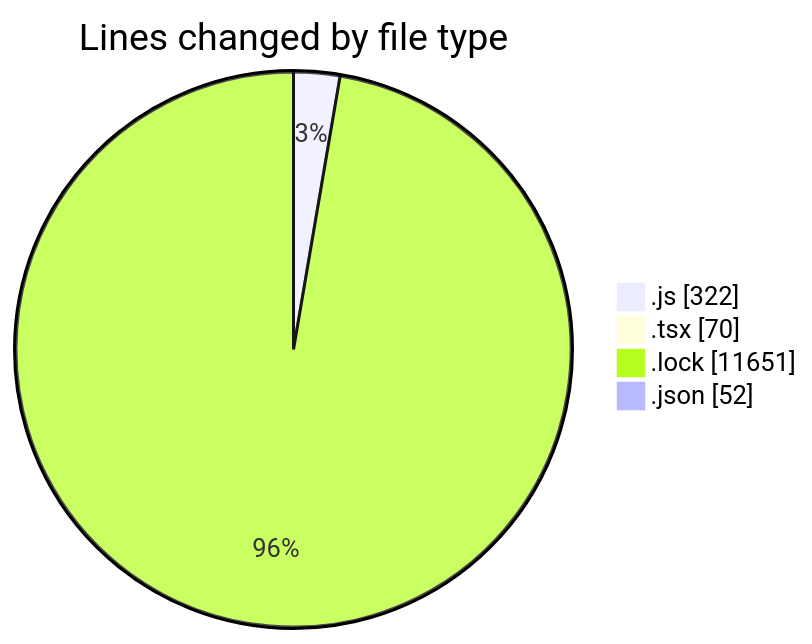
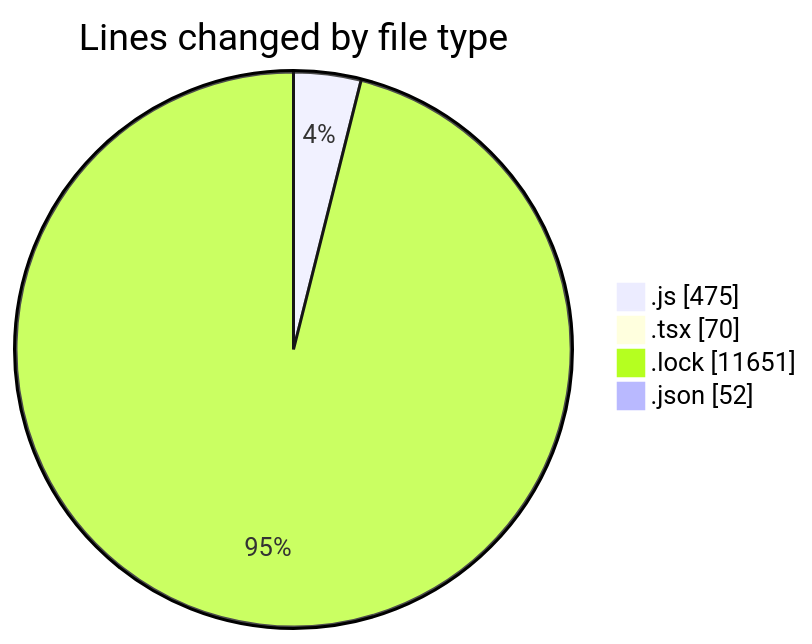
One commit to momahboobian/code-tracking changed the first of 2 diagrams in 2026-01-13/cda/README.md. Above: the diagram before and after it, drawn with Mermaid. The commit also changed other lines of this file and 1 other file, not shown here.

````diff
--- a/2026-01-13/cda/README.md
+++ b/2026-01-13/cda/README.md
@@ -24,8 +24,8 @@
 ```mermaid
 pie showData
 title Lines changed by file type
-".js" : 322
+".js" : 475
 ".tsx" : 70
 ".lock" : 11651
 ".json" : 52
 ```
````
